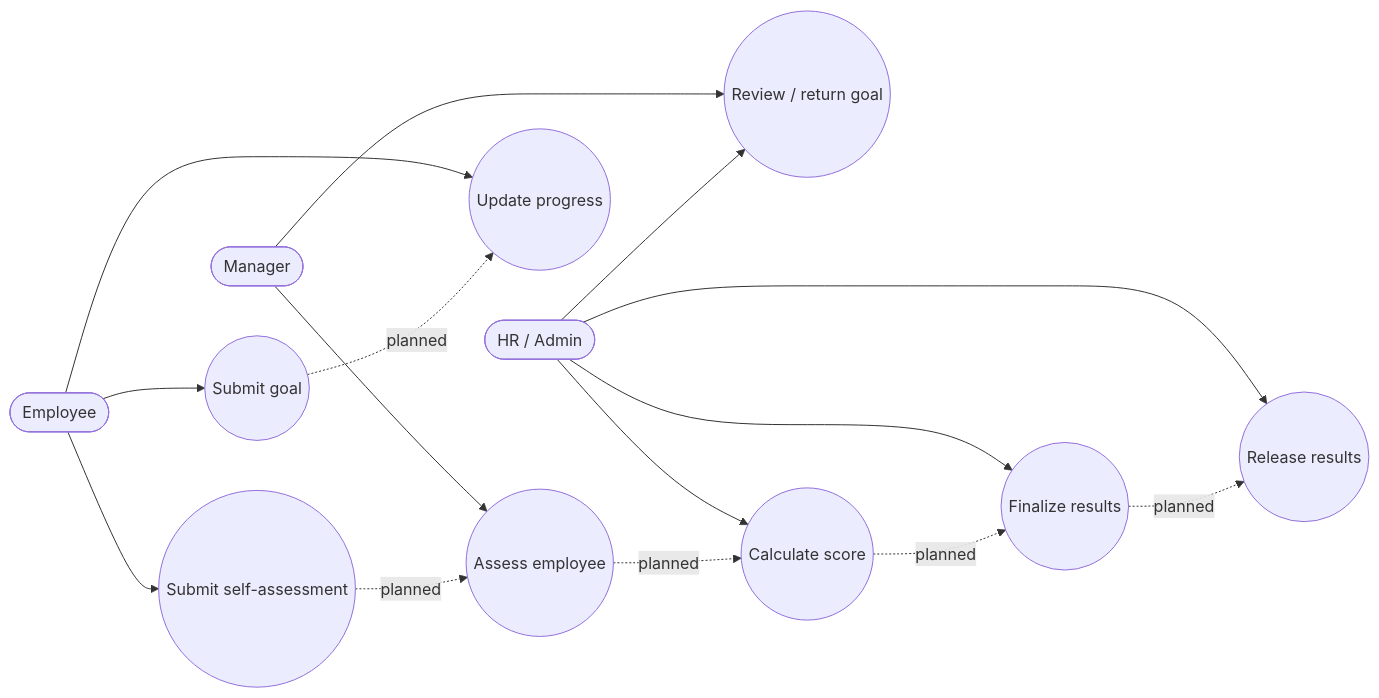
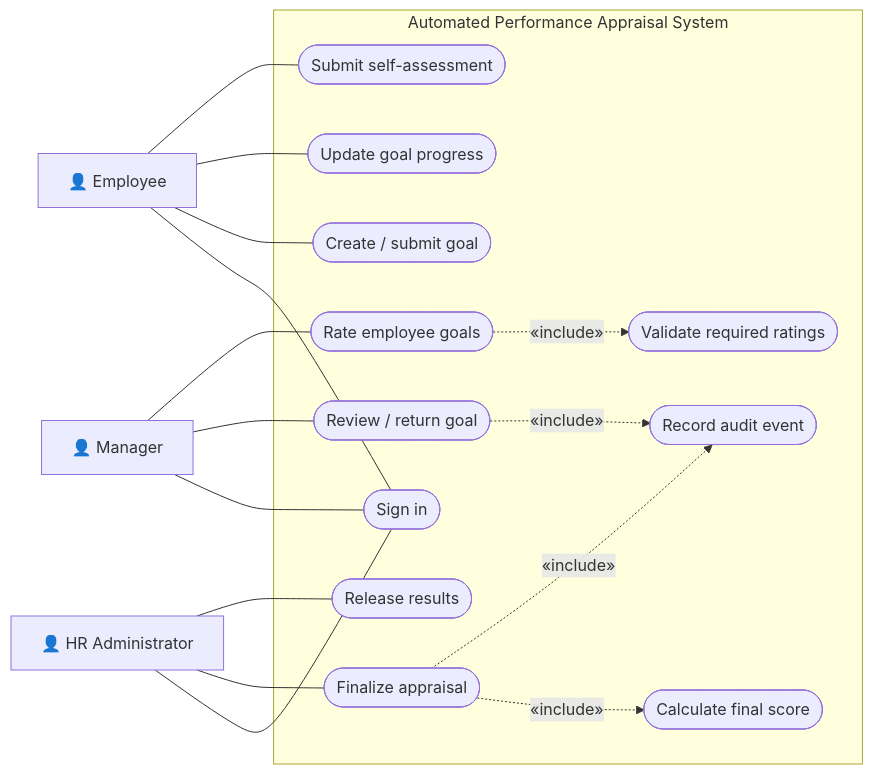
The diagram in SRS_SAD_TestPlan/diagrams/use-case-appraisal-lifecycle.mmd (GSAIHEMANTH279/Automated-performance-appraisal-system), drawn with Mermaid before and after one commit. The commit also changed 15 other files, not shown here.

```diff
--- a/SRS_SAD_TestPlan/diagrams/use-case-appraisal-lifecycle.mmd
+++ b/SRS_SAD_TestPlan/diagrams/use-case-appraisal-lifecycle.mmd
@@ -1,26 +1,31 @@
 flowchart LR
-  Employee([Employee])
-  Manager([Manager])
-  HR([HR / Admin])
-  Goal((Submit goal))
-  Review((Review / return goal))
-  Progress((Update progress))
-  Self((Submit self-assessment))
-  Rate((Assess employee))
-  Score((Calculate score))
-  Finalize((Finalize results))
-  Release((Release results))
-  Employee --> Goal
-  Employee --> Progress
-  Employee --> Self
-  Manager --> Review
-  Manager --> Rate
-  HR --> Review
-  HR --> Score
-  HR --> Finalize
-  HR --> Release
-  Goal -. planned .-> Progress
-  Self -. planned .-> Rate
-  Rate -. planned .-> Score
-  Score -. planned .-> Finalize
-  Finalize -. planned .-> Release
+  Employee["👤 Employee"]
+  Manager["👤 Manager"]
+  HR["👤 HR Administrator"]
+  subgraph APAS["Automated Performance Appraisal System"]
+    UC1([Sign in])
+    UC2([Create / submit goal])
+    UC3([Update goal progress])
+    UC4([Submit self-assessment])
+    UC5([Review / return goal])
+    UC6([Rate employee goals])
+    UC7([Validate required ratings])
+    UC8([Calculate final score])
+    UC9([Finalize appraisal])
+    UC10([Release results])
+    UC11([Record audit event])
+  end
+  Employee --- UC1
+  Employee --- UC2
+  Employee --- UC3
+  Employee --- UC4
+  Manager --- UC1
+  Manager --- UC5
+  Manager --- UC6
+  HR --- UC1
+  HR --- UC9
+  HR --- UC10
+  UC6 -. "«include»" .-> UC7
+  UC9 -. "«include»" .-> UC8
+  UC5 -. "«include»" .-> UC11
+  UC9 -. "«include»" .-> UC11
```
